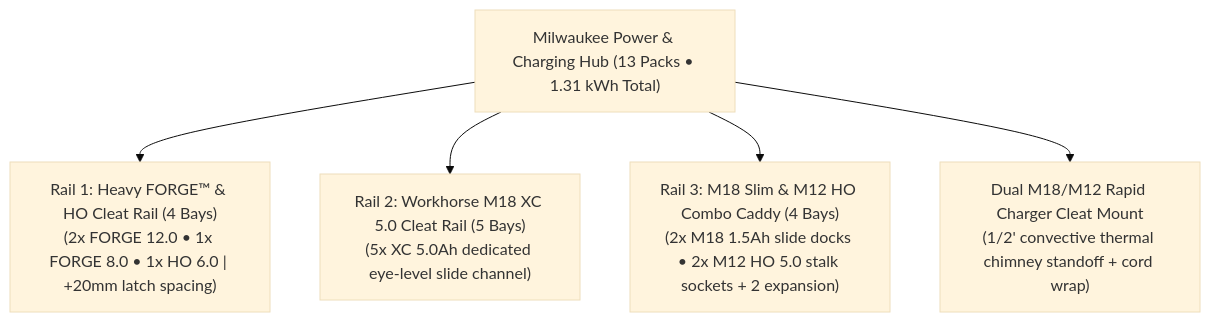
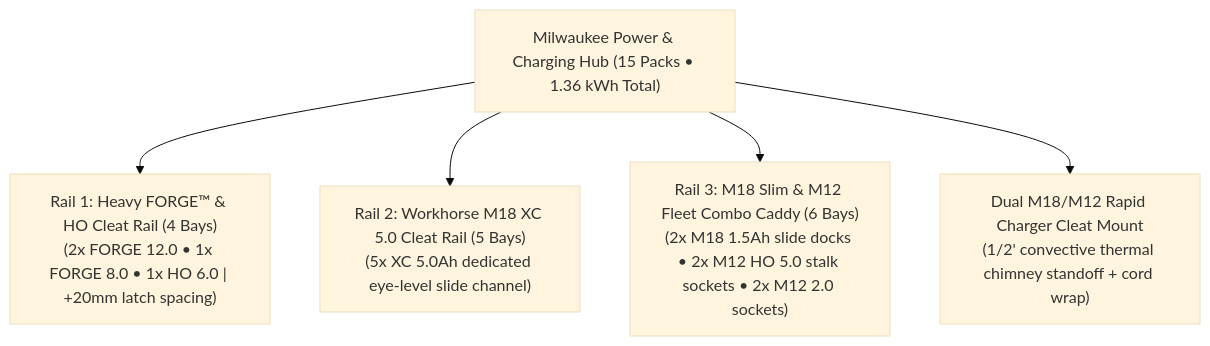
Before and after one commit to bar2sek/3d-printing: the diagram in Projects/Garage - Milwaukee M18 & M12 Tool & Battery Storage.md, drawn with Mermaid (base theme). The commit also changed other lines of this file and 2 other files, not shown here.

Commit message:
feat: add multi-tool, rover light docks, and 6-bay rail 3 to print queue

````diff
--- a/Projects/Garage - Milwaukee M18 & M12 Tool & Battery Storage.md
+++ b/Projects/Garage - Milwaukee M18 & M12 Tool & Battery Storage.md
@@ -78,8 +78,8 @@
 ```mermaid
 flowchart TD
-    Hub["Milwaukee Power & Charging Hub (13 Packs • 1.31 kWh Total)"]
+    Hub["Milwaukee Power & Charging Hub (15 Packs • 1.36 kWh Total)"]
     Hub --> R1["Rail 1: Heavy FORGE™ & HO Cleat Rail (4 Bays)<br>(2x FORGE 12.0 • 1x FORGE 8.0 • 1x HO 6.0 | +20mm latch spacing)"]
     Hub --> R2["Rail 2: Workhorse M18 XC 5.0 Cleat Rail (5 Bays)<br>(5x XC 5.0Ah dedicated eye-level slide channel)"]
-    Hub --> R3["Rail 3: M18 Slim & M12 HO Combo Caddy (4 Bays)<br>(2x M18 1.5Ah slide docks • 2x M12 HO 5.0 stalk sockets + 2 expansion)"]
+    Hub --> R3["Rail 3: M18 Slim & M12 Fleet Combo Caddy (6 Bays)<br>(2x M18 1.5Ah slide docks • 2x M12 HO 5.0 stalk sockets • 2x M12 2.0 sockets)"]
     Hub --> Chg["Dual M18/M12 Rapid Charger Cleat Mount<br>(1/2' convective thermal chimney standoff + cord wrap)"]
 ```
````
